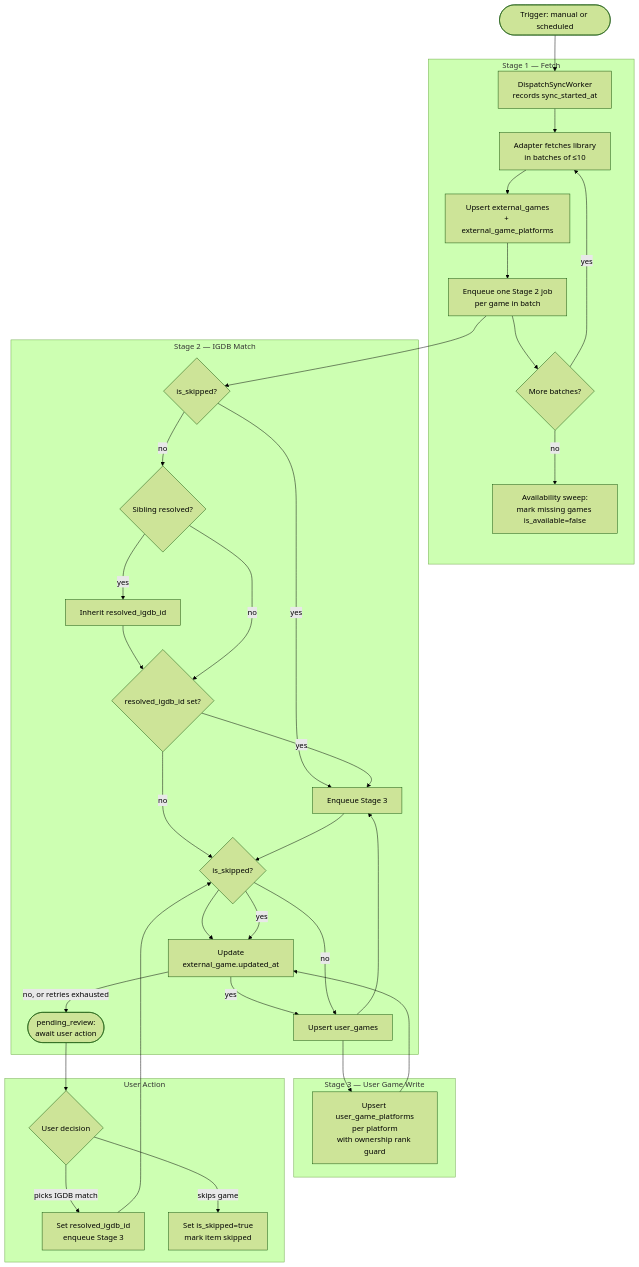
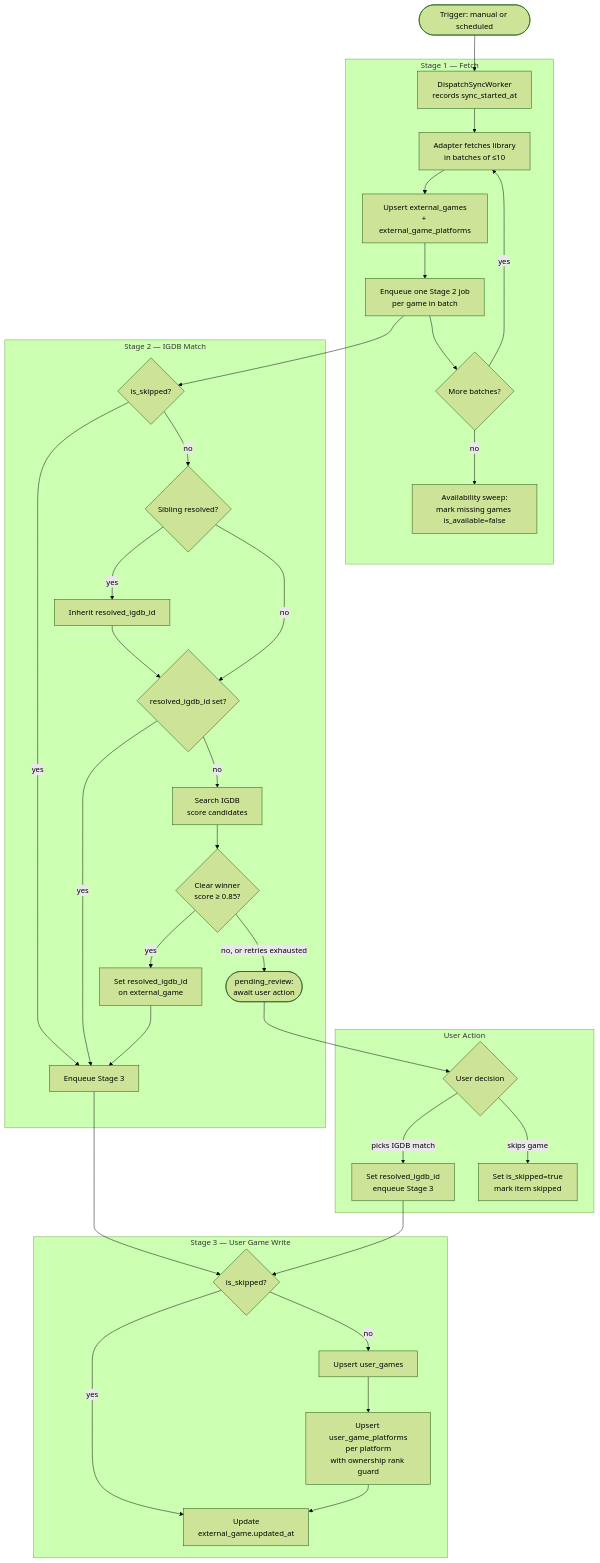
One commit to drzero42/nexorious changed the first of 2 diagrams in docs/sync.md. Above: the diagram before and after it, drawn with Mermaid (forest theme).

Commit message:
docs(sync): fix Mermaid node ID collision between Stage 2 and Stage 3

````diff
--- a/docs/sync.md
+++ b/docs/sync.md
@@ -92,44 +92,44 @@
 ```mermaid
 flowchart TD
     A([Trigger: manual or scheduled]) --> B
 
     subgraph Stage1["Stage 1 — Fetch"]
         B[DispatchSyncWorker<br/>records sync_started_at] --> C
         C[Adapter fetches library<br/>in batches of ≤10] --> D
         D[Upsert external_games<br/>+ external_game_platforms] --> E
         E[Enqueue one Stage 2 job<br/>per game in batch] --> F{More batches?}
         F -->|yes| C
         F -->|no| G[Availability sweep:<br/>mark missing games is_available=false]
     end
 
     subgraph Stage2["Stage 2 — IGDB Match"]
         H{is_skipped?} -->|yes| L
         H -->|no| I{Sibling resolved?}
         I -->|yes| J[Inherit resolved_igdb_id]
         J --> K{resolved_igdb_id set?}
         I -->|no| K
         K -->|yes| L[Enqueue Stage 3]
         K -->|no| N[Search IGDB<br/>score candidates]
         N --> O{Clear winner<br/>score ≥ 0.85?}
         O -->|yes| P[Set resolved_igdb_id<br/>on external_game]
         P --> L
         O -->|no, or retries exhausted| M([pending_review:<br/>await user action])
     end
 
     subgraph Stage3["Stage 3 — User Game Write"]
-        N{is_skipped?} -->|yes| O[Update<br/>external_game.updated_at]
-        N -->|no| P[Upsert user_games]
-        P --> Q[Upsert user_game_platforms<br/>per platform<br/>with ownership rank guard]
-        Q --> O
+        S3A{is_skipped?} -->|yes| S3D[Update<br/>external_game.updated_at]
+        S3A -->|no| S3B[Upsert user_games]
+        S3B --> S3C[Upsert user_game_platforms<br/>per platform<br/>with ownership rank guard]
+        S3C --> S3D
     end
 
     subgraph UserAction["User Action"]
         M --> R{User decision}
         R -->|picks IGDB match| S[Set resolved_igdb_id<br/>enqueue Stage 3]
         R -->|skips game| T[Set is_skipped=true<br/>mark item skipped]
     end
 
     E --> H
-    L --> N
-    S --> N
+    L --> S3A
+    S --> S3A
 ```
````
